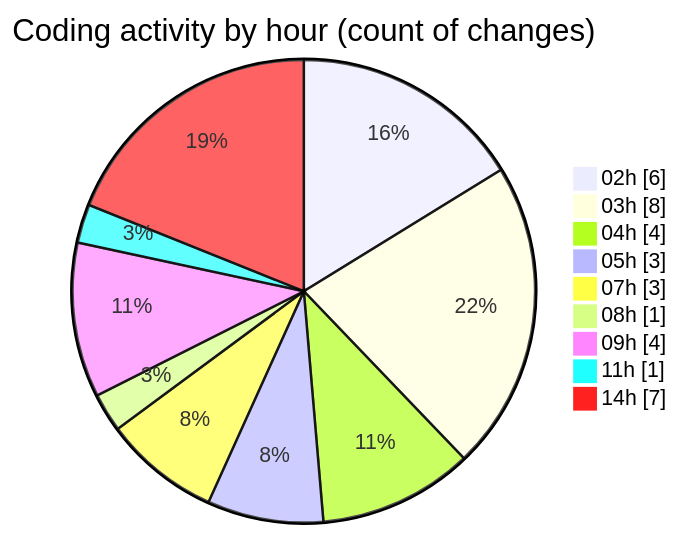
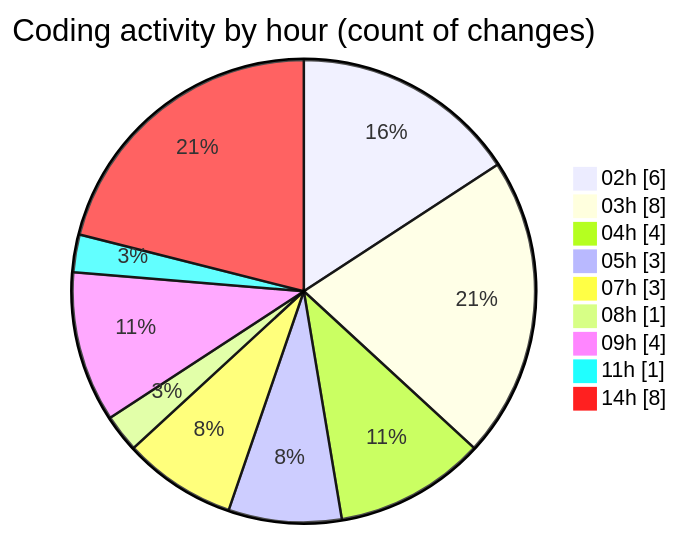
The second of 2 diagrams in 2025-07-03/cursor/README.md (FelipKnott/code-tracking), drawn with Mermaid before and after one commit. The commit also changed other lines of this file and 1 other file, not shown here.

````diff
--- a/2025-07-03/cursor/README.md
+++ b/2025-07-03/cursor/README.md
@@ -35,13 +35,13 @@
 ```mermaid
 pie showData
 title Coding activity by hour (count of changes)
 "02h" : 6
 "03h" : 8
 "04h" : 4
 "05h" : 3
 "07h" : 3
 "08h" : 1
 "09h" : 4
 "11h" : 1
-"14h" : 7
+"14h" : 8
 ```
````
